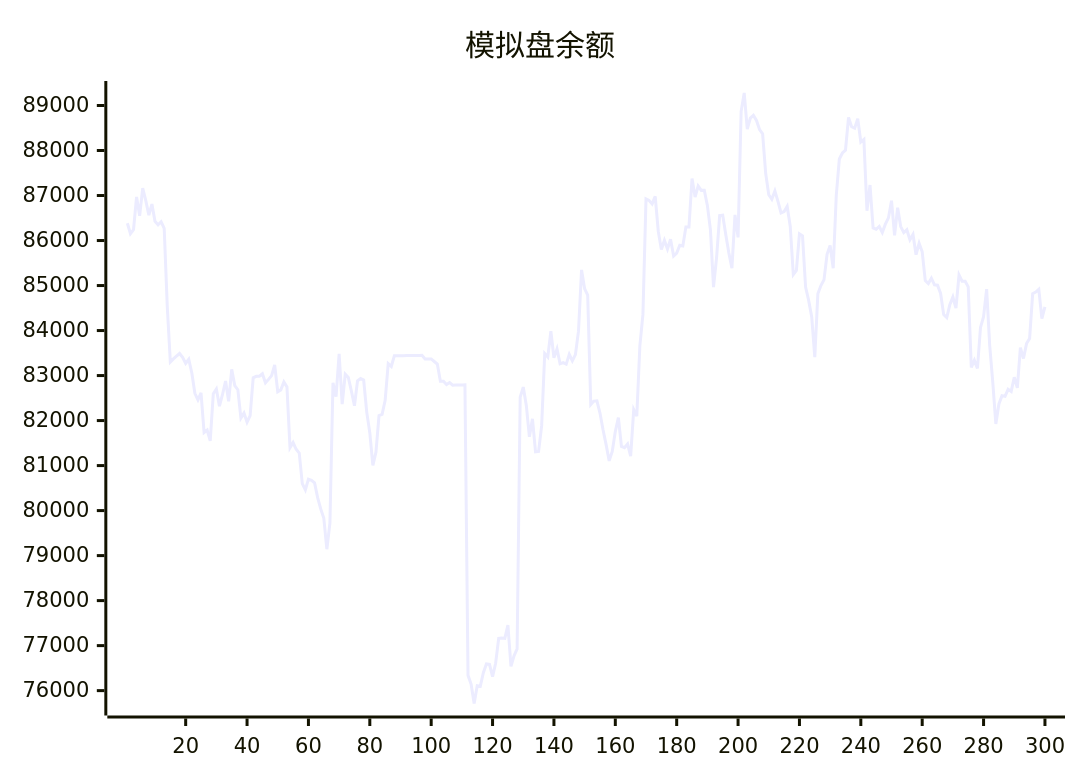
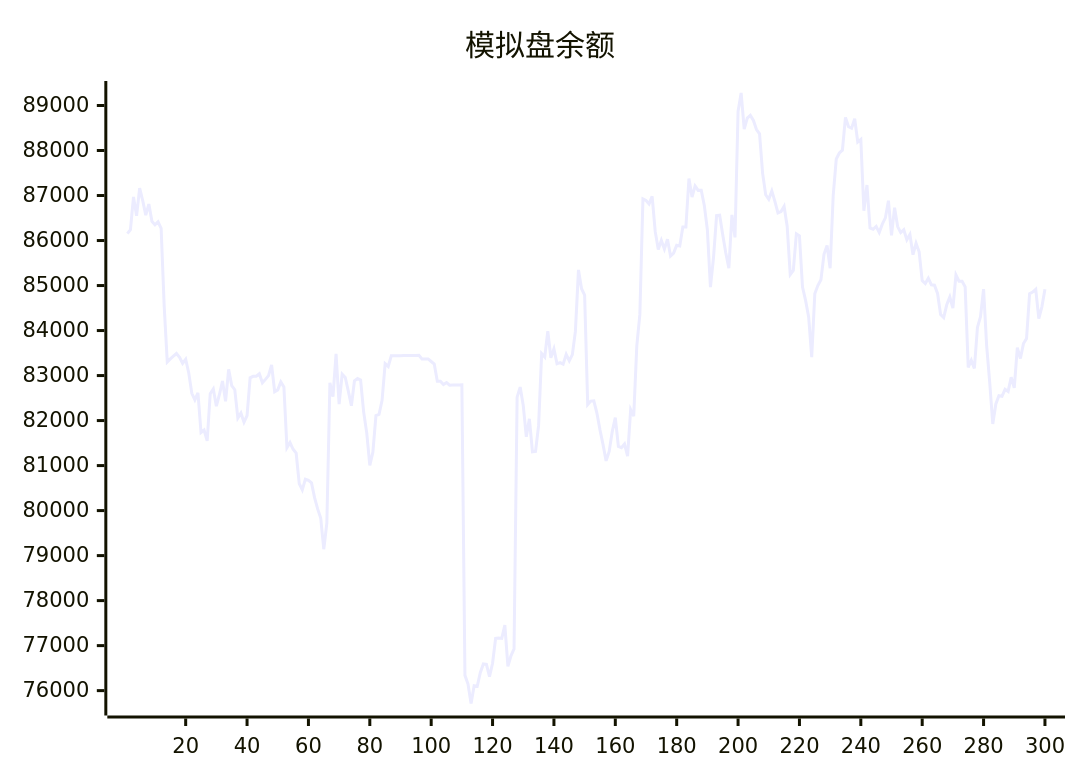
The diagram in README.md (aahl/ai-trading), drawn with Mermaid before and after one commit. The commit also changed other lines of this file and 1 other file, not shown here.

````diff
--- a/README.md
+++ b/README.md
@@ -5,5 +5,5 @@
 ```mermaid
 xychart
     title "模拟盘余额"
-    line [86384,86152,86243,86969,86548,87164,86885,86566,86809,86427,86348,86417,86273,84538,83299,83369,83430,83490,83404,83270,83362,83056,82605,82459,82614,81734,81788,81551,82598,82702,82320,82580,82878,82426,83139,82778,82686,82056,82166,81963,82110,82951,82983,82984,83038,82838,82915,82998,83235,82642,82682,82858,82746,81396,81512,81362,81277,80600,80461,80699,80673,80616,80288,80038,79836,79142,79722,82837,82533,83480,82366,83032,82960,82654,82330,82883,82934,82901,82188,81728,81005,81298,82110,82135,82449,83264,83203,83440,83439,83440,83440,83446,83447,83448,83447,83448,83449,83369,83369,83369,83313,83256,82872,82873,82801,82844,82785,82791,82791,82793,82794,76339,76145,75714,76110,76096,76397,76594,76585,76310,76607,77160,77170,77160,77456,76541,76774,76927,82520,82744,82337,81639,82040,81307,81314,81887,83490,83414,83984,83396,83594,83261,83287,83253,83470,83327,83465,83987,85348,84930,84786,82355,82433,82438,82167,81795,81466,81105,81315,81756,82064,81426,81398,81481,81210,82242,82099,83658,84359,86925,86892,86814,86980,86203,85802,86003,85811,86028,85657,85721,85896,85880,86300,86299,87378,86965,87214,87115,87118,86780,86238,84966,85623,86555,86562,86129,85722,85387,86569,86070,88870,89278,88477,88720,88781,88668,88467,88372,87493,87018,86917,87102,86870,86613,86644,86758,86317,85242,85334,86149,86106,84968,84671,84302,83410,84816,85001,85127,85693,85891,85384,87001,87811,87945,88007,88734,88528,88495,88705,88189,88248,86662,87234,86279,86251,86314,86177,86364,86503,86886,86114,86731,86310,86176,86240,86017,86136,85685,85938,85749,85111,85044,85164,85016,85008,84824,84354,84287,84572,84745,84500,85234,85096,85095,84970,83180,83338,83157,84070,84309,84922,83667,82850,81924,82369,82552,82539,82695,82648,82962,82728,83619,83378,83710,83825,84819,84854,84917,84265,84527]
+    line [86152,86243,86969,86548,87164,86885,86566,86809,86427,86348,86417,86273,84538,83299,83369,83430,83490,83404,83270,83362,83056,82605,82459,82614,81734,81788,81551,82598,82702,82320,82580,82878,82426,83139,82778,82686,82056,82166,81963,82110,82951,82983,82984,83038,82838,82915,82998,83235,82642,82682,82858,82746,81396,81512,81362,81277,80600,80461,80699,80673,80616,80288,80038,79836,79142,79722,82837,82533,83480,82366,83032,82960,82654,82330,82883,82934,82901,82188,81728,81005,81298,82110,82135,82449,83264,83203,83440,83439,83440,83440,83446,83447,83448,83447,83448,83449,83369,83369,83369,83313,83256,82872,82873,82801,82844,82785,82791,82791,82793,82794,76339,76145,75714,76110,76096,76397,76594,76585,76310,76607,77160,77170,77160,77456,76541,76774,76927,82520,82744,82337,81639,82040,81307,81314,81887,83490,83414,83984,83396,83594,83261,83287,83253,83470,83327,83465,83987,85348,84930,84786,82355,82433,82438,82167,81795,81466,81105,81315,81756,82064,81426,81398,81481,81210,82242,82099,83658,84359,86925,86892,86814,86980,86203,85802,86003,85811,86028,85657,85721,85896,85880,86300,86299,87378,86965,87214,87115,87118,86780,86238,84966,85623,86555,86562,86129,85722,85387,86569,86070,88870,89278,88477,88720,88781,88668,88467,88372,87493,87018,86917,87102,86870,86613,86644,86758,86317,85242,85334,86149,86106,84968,84671,84302,83410,84816,85001,85127,85693,85891,85384,87001,87811,87945,88007,88734,88528,88495,88705,88189,88248,86662,87234,86279,86251,86314,86177,86364,86503,86886,86114,86731,86310,86176,86240,86017,86136,85685,85938,85749,85111,85044,85164,85016,85008,84824,84354,84287,84572,84745,84500,85234,85096,85095,84970,83180,83338,83157,84070,84309,84922,83667,82850,81924,82369,82552,82539,82695,82648,82962,82728,83619,83378,83710,83825,84819,84854,84917,84265,84527,84919]
 ```
````
